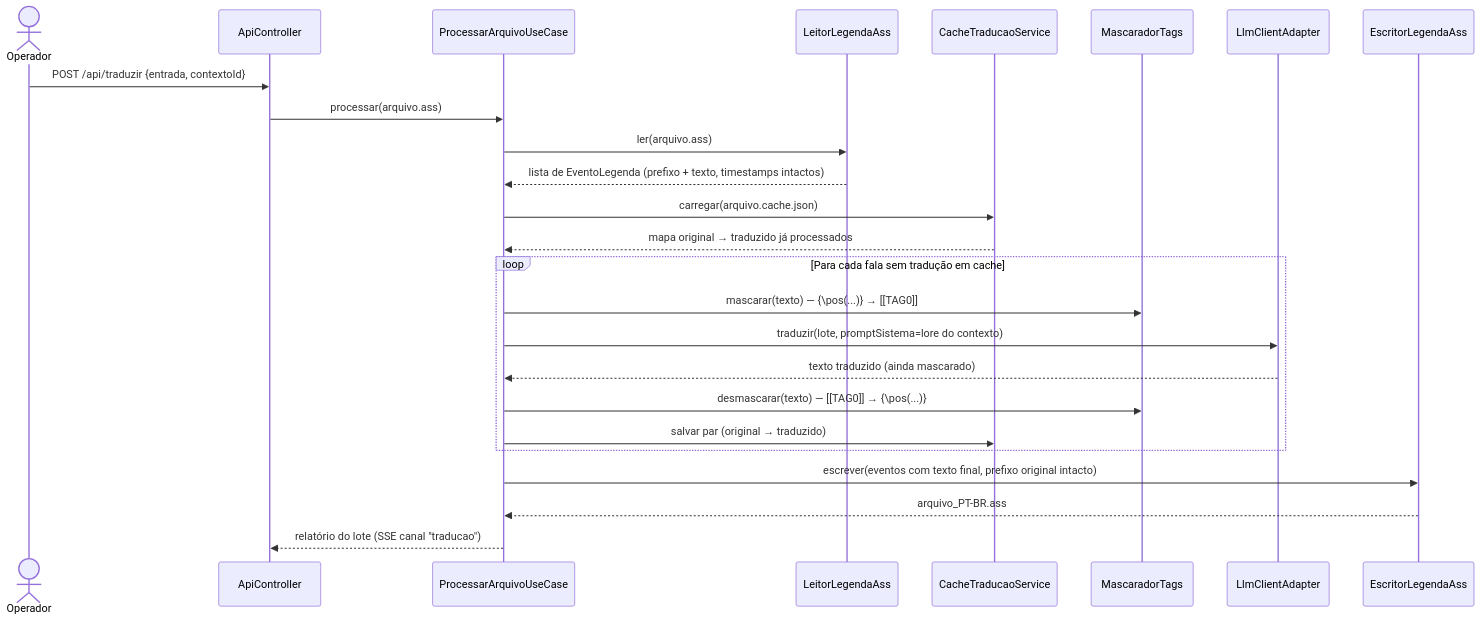
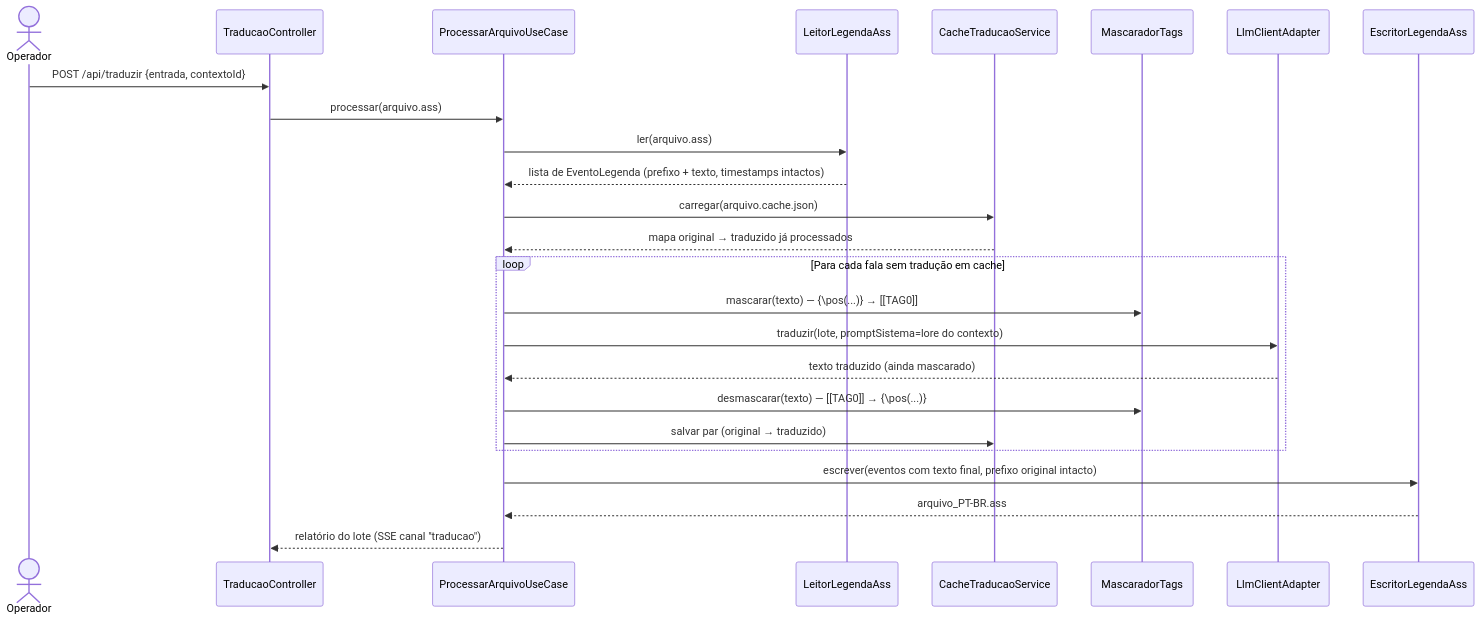
The diagram in docs/etapa-2.1-traducao-llm.md (carmipa/traducao_animes_llm_local_quarkus-1), drawn with Mermaid before and after one commit. The commit also changed 5 other files, not shown here.

First line of the commit message:
docs: varredura de referencia morta nos 26 documentos — o ApiController que nao existe mais

````diff
--- a/docs/etapa-2.1-traducao-llm.md
+++ b/docs/etapa-2.1-traducao-llm.md
@@ -38,30 +38,30 @@
 ```mermaid
 sequenceDiagram
     actor Op as Operador
-    participant API as ApiController
+    participant API as TraducaoController
     participant UC as ProcessarArquivoUseCase
     participant Leitor as LeitorLegendaAss
     participant Cache as CacheTraducaoService
     participant Mask as MascaradorTags
     participant LLM as LlmClientAdapter
     participant Escritor as EscritorLegendaAss
 
     Op->>API: POST /api/traduzir {entrada, contextoId}
     API->>UC: processar(arquivo.ass)
     UC->>Leitor: ler(arquivo.ass)
     Leitor-->>UC: lista de EventoLegenda (prefixo + texto, timestamps intactos)
     UC->>Cache: carregar(arquivo.cache.json)
     Cache-->>UC: mapa original → traduzido já processados
 
     loop Para cada fala sem tradução em cache
         UC->>Mask: mascarar(texto) — {\pos(...)} → [[TAG0]]
         UC->>LLM: traduzir(lote, promptSistema=lore do contexto)
         LLM-->>UC: texto traduzido (ainda mascarado)
         UC->>Mask: desmascarar(texto) — [[TAG0]] → {\pos(...)}
         UC->>Cache: salvar par (original → traduzido)
     end
 
     UC->>Escritor: escrever(eventos com texto final, prefixo original intacto)
     Escritor-->>UC: arquivo_PT-BR.ass
     UC-->>API: relatório do lote (SSE canal "traducao")
 ```
````
